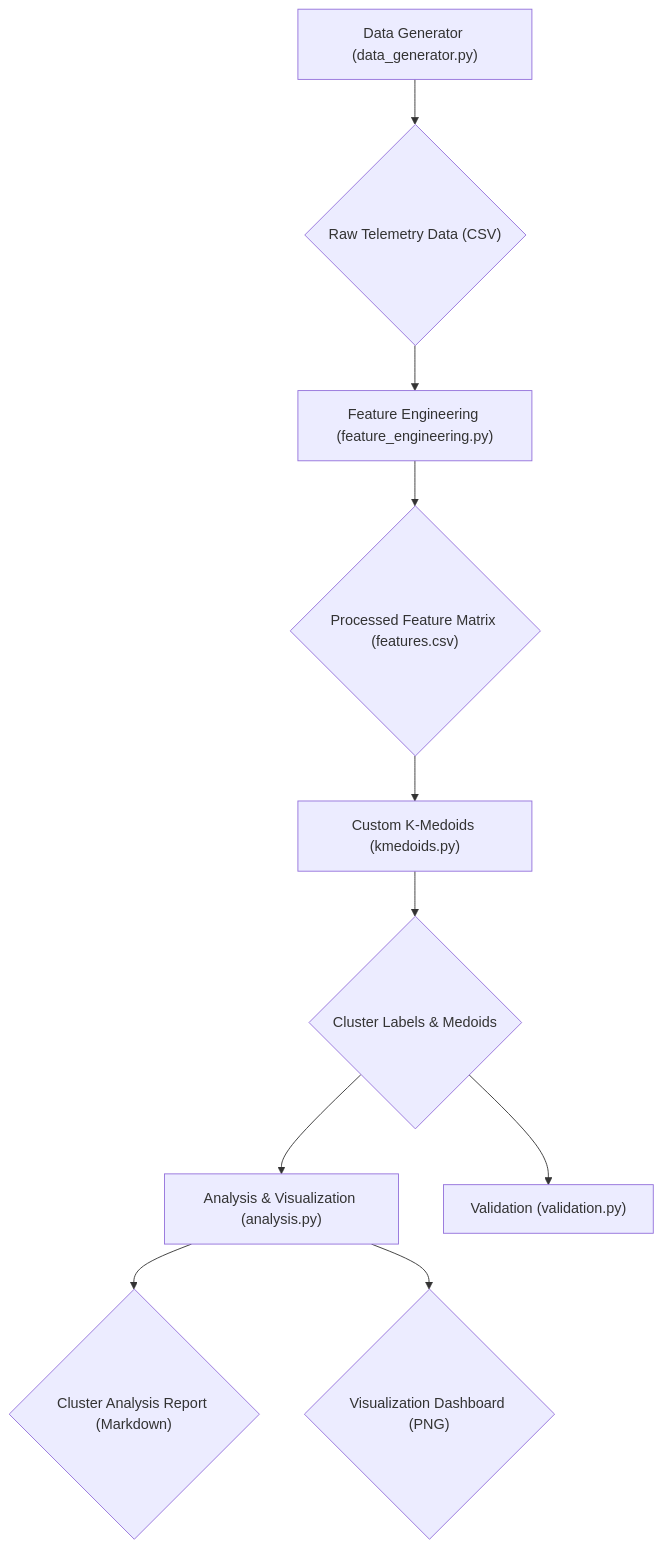
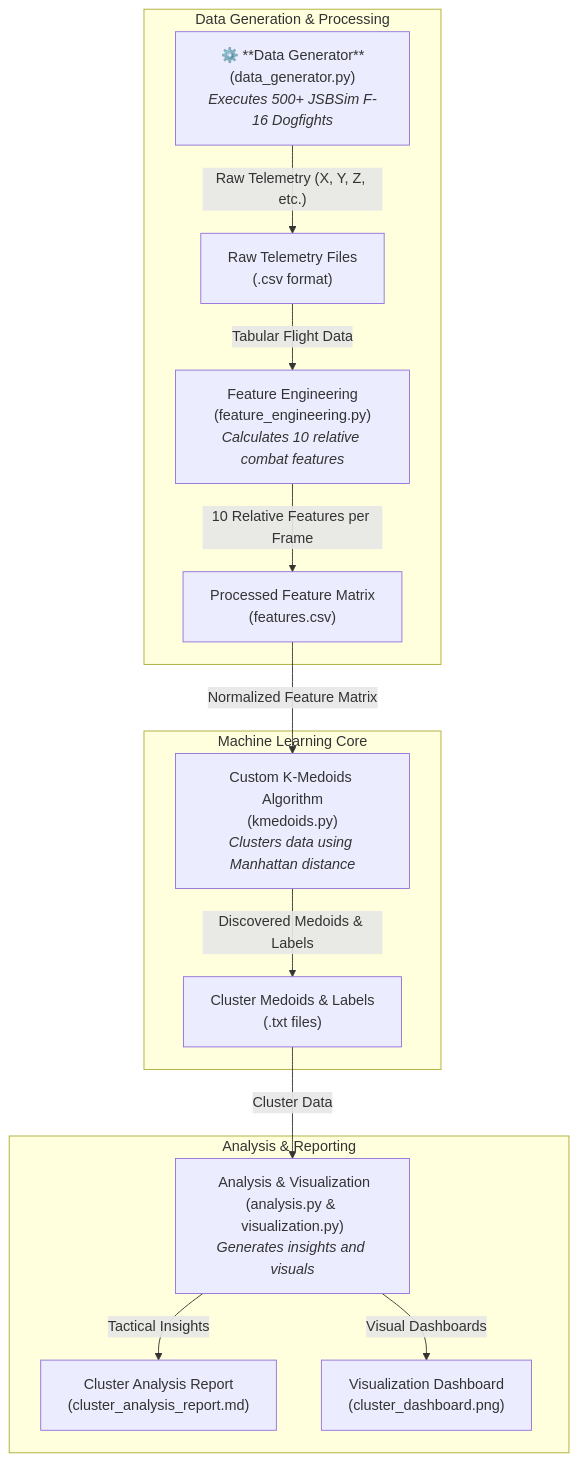
Before and after one commit to liamheary/DataMining_K-Medoid_DogfightAnalysis: the diagram in README.md, drawn with Mermaid. The commit also changed other lines of this file and 5 other files, not shown here.

````diff
--- a/README.md
+++ b/README.md
@@ -8,12 +20,29 @@
 ```mermaid
 graph TD
-    A["Data Generator (data_generator.py)"] --> B{"Raw Telemetry Data (CSV)"};
-    B --> C["Feature Engineering (feature_engineering.py)"];
-    C --> D{"Processed Feature Matrix (features.csv)"};
-    D --> E["Custom K-Medoids (kmedoids.py)"];
-    E --> F{"Cluster Labels & Medoids"};
-    F --> G["Analysis & Visualization (analysis.py)"];
-    G --> H{"Cluster Analysis Report (Markdown)"};
-    G --> I{"Visualization Dashboard (PNG)"};
-    F --> J["Validation (validation.py)"];
+    subgraph "Data Generation & Processing"
+        A["⚙️ **Data Generator**<br>(data_generator.py)<br><i>Executes 500+ JSBSim F-16 Dogfights</i>"]
+        B[" Raw Telemetry Files<br>(.csv format)"]
+        C[" Feature Engineering<br>(feature_engineering.py)<br><i>Calculates 10 relative combat features</i>"]
+        D["Processed Feature Matrix<br>(features.csv)"]
+    end
+
+    subgraph "Machine Learning Core"
+        E[" Custom K-Medoids Algorithm<br>(kmedoids.py)<br><i>Clusters data using Manhattan distance</i>"]
+        F[" Cluster Medoids & Labels<br>(.txt files)"]
+    end
+
+    subgraph "Analysis & Reporting"
+        G["‍ Analysis & Visualization<br>(analysis.py & visualization.py)<br><i>Generates insights and visuals</i>"]
+        H[" Cluster Analysis Report<br>(cluster_analysis_report.md)"]
+        I[" Visualization Dashboard<br>(cluster_dashboard.png)"]
+    end
+
+    A -->|"Raw Telemetry (X, Y, Z, etc.)"| B
+    B -->|"Tabular Flight Data"| C
+    C -->|"10 Relative Features per Frame"| D
+    D -->|"Normalized Feature Matrix"| E
+    E -->|"Discovered Medoids & Labels"| F
+    F -->|"Cluster Data"| G
+    G -->|"Tactical Insights"| H
+    G -->|"Visual Dashboards"| I
 ```
````
